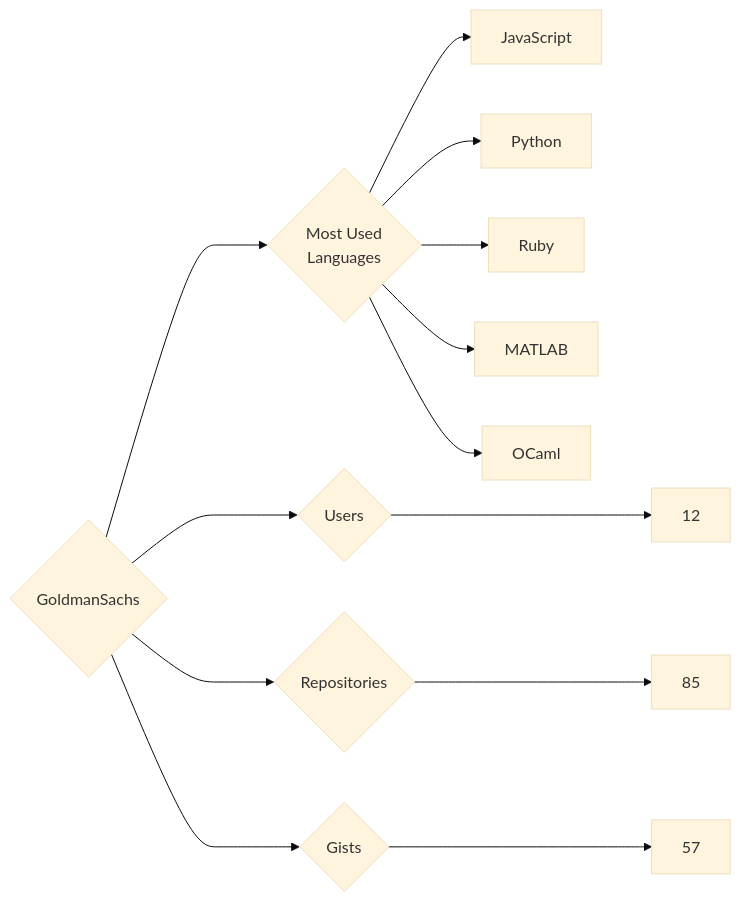
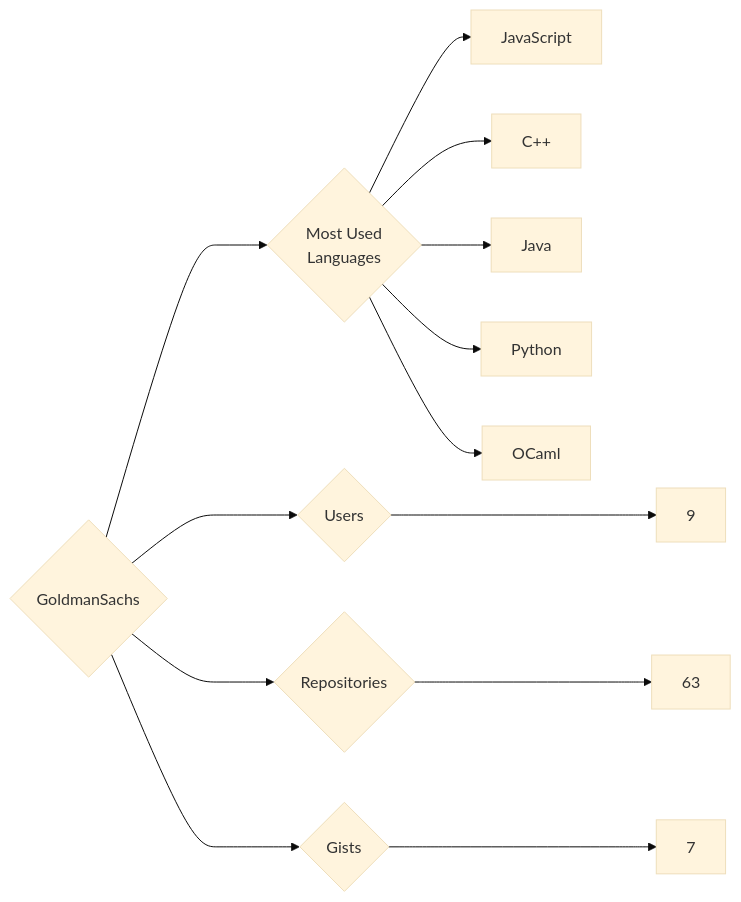
The diagram in targets/GoldmanSachs/README.md (trickest/insiders), drawn with Mermaid (base theme) before and after one commit. The commit also changed 1314 other files, not shown here.

````diff
--- a/targets/GoldmanSachs/README.md
+++ b/targets/GoldmanSachs/README.md
@@ -3,13 +3,13 @@
 ```mermaid
 graph LR
 COMPANY_NAME{GoldmanSachs}
-COMPANY_NAME ---> U{Users} ---> UN[12]
-COMPANY_NAME ---> R{Repositories} ---> RN[85]
-COMPANY_NAME ---> G{Gists} ---> GN[57]
+COMPANY_NAME ---> U{Users} ---> UN[9]
+COMPANY_NAME ---> R{Repositories} ---> RN[63]
+COMPANY_NAME ---> G{Gists} ---> GN[7]
 COMPANY_NAME ---> ML{Most Used<br>Languages}
 ML --> JavaScript[JavaScript]
+ML --> C++[C++]
+ML --> Java[Java]
 ML --> Python[Python]
-ML --> Ruby[Ruby]
-ML --> MATLAB[MATLAB]
 ML --> OCaml[OCaml]
 ```
````
